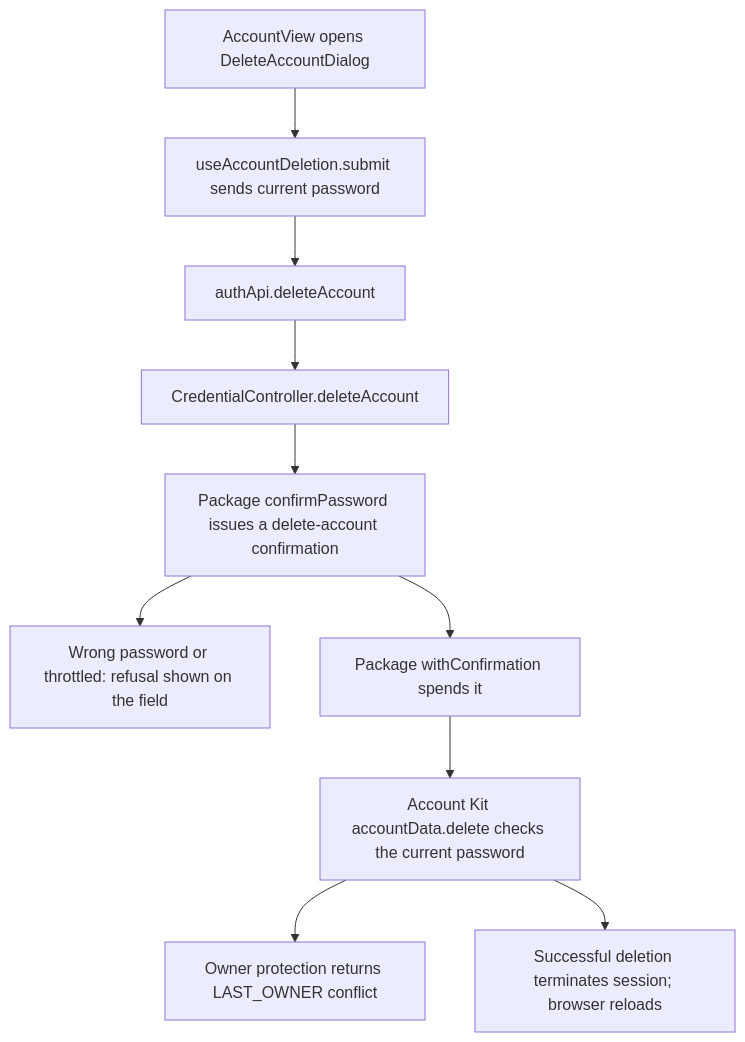
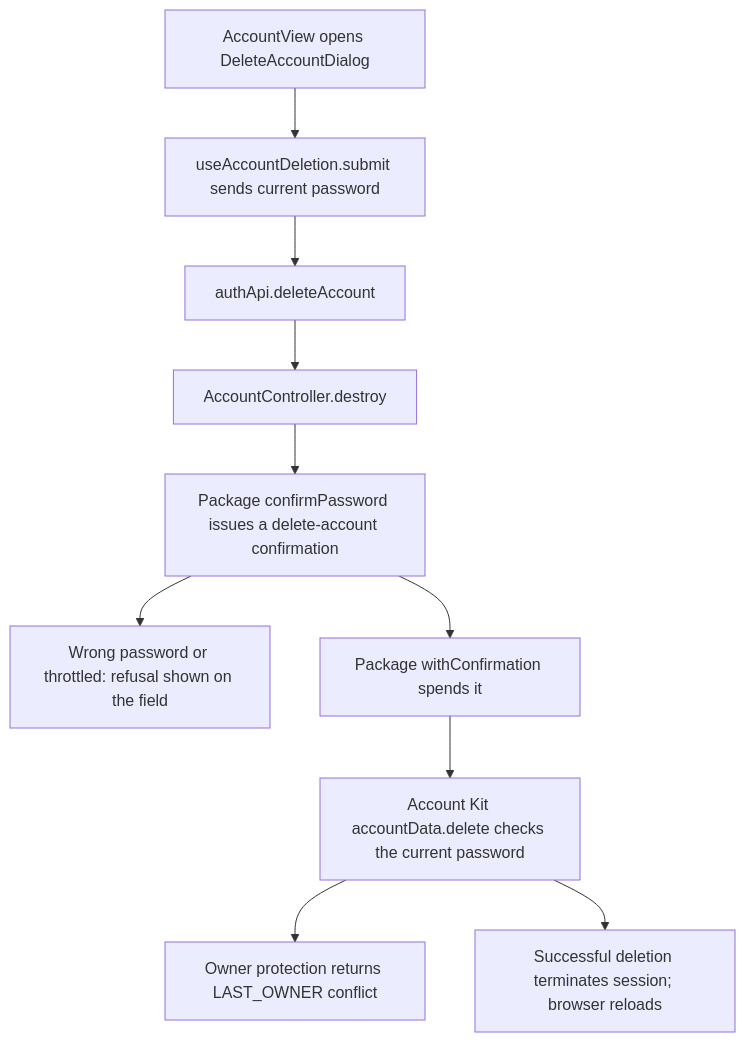
The second of 2 diagrams in user-stories/account/US-ACCOUNT-05-delete-account.md (Kevinjohn/capacitylens), drawn with Mermaid before and after one commit. The commit also changed other lines of this file and 139 other files, not shown here.

````diff
--- a/user-stories/account/US-ACCOUNT-05-delete-account.md
+++ b/user-stories/account/US-ACCOUNT-05-delete-account.md
@@ -35,12 +35,12 @@
 ```mermaid
 flowchart TD
   view["AccountView opens DeleteAccountDialog"] --> submit["useAccountDeletion.submit sends current password"]
   submit --> client["authApi.deleteAccount"]
-  client --> route["CredentialController.deleteAccount"]
+  client --> route["AccountController.destroy"]
   route --> issue["Package confirmPassword issues a delete-account confirmation"]
   issue --> refused["Wrong password or throttled: refusal shown on the field"]
   issue --> spend["Package withConfirmation spends it"]
   spend --> kit["Account Kit accountData.delete checks the current password"]
   kit --> owner["Owner protection returns LAST_OWNER conflict"]
   kit --> session["Successful deletion terminates session; browser reloads"]
 ```
````
